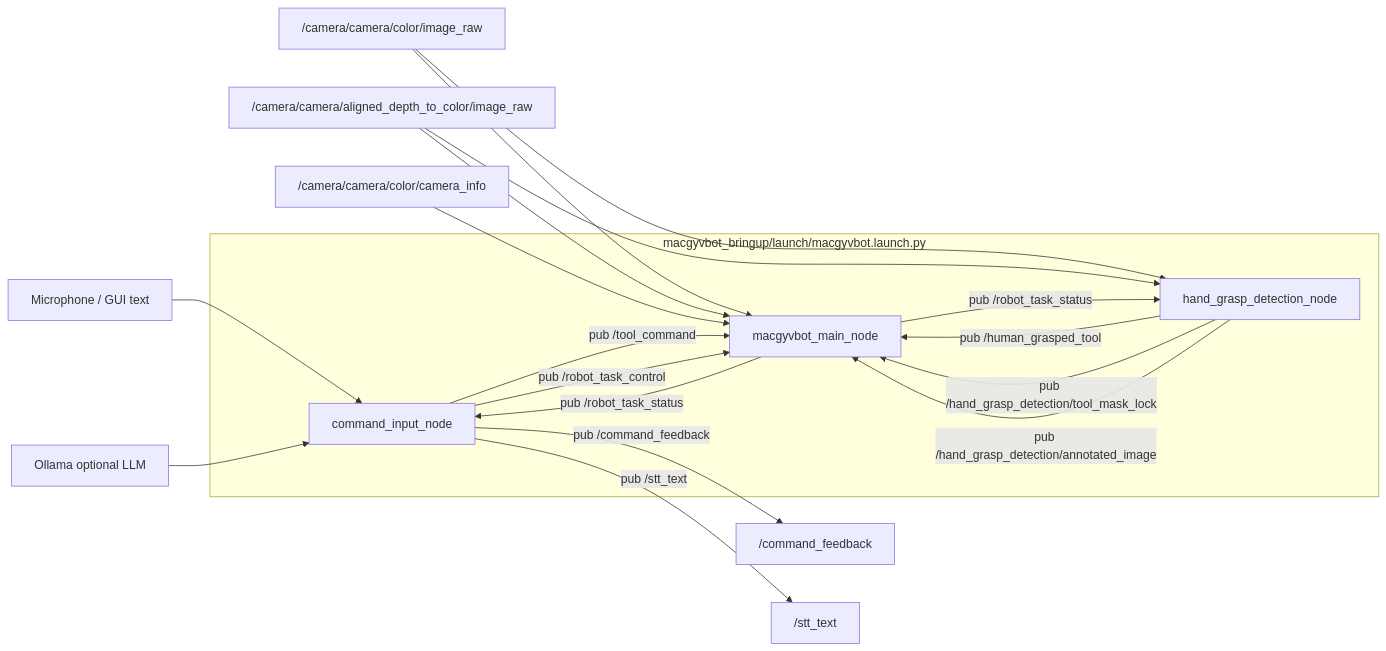
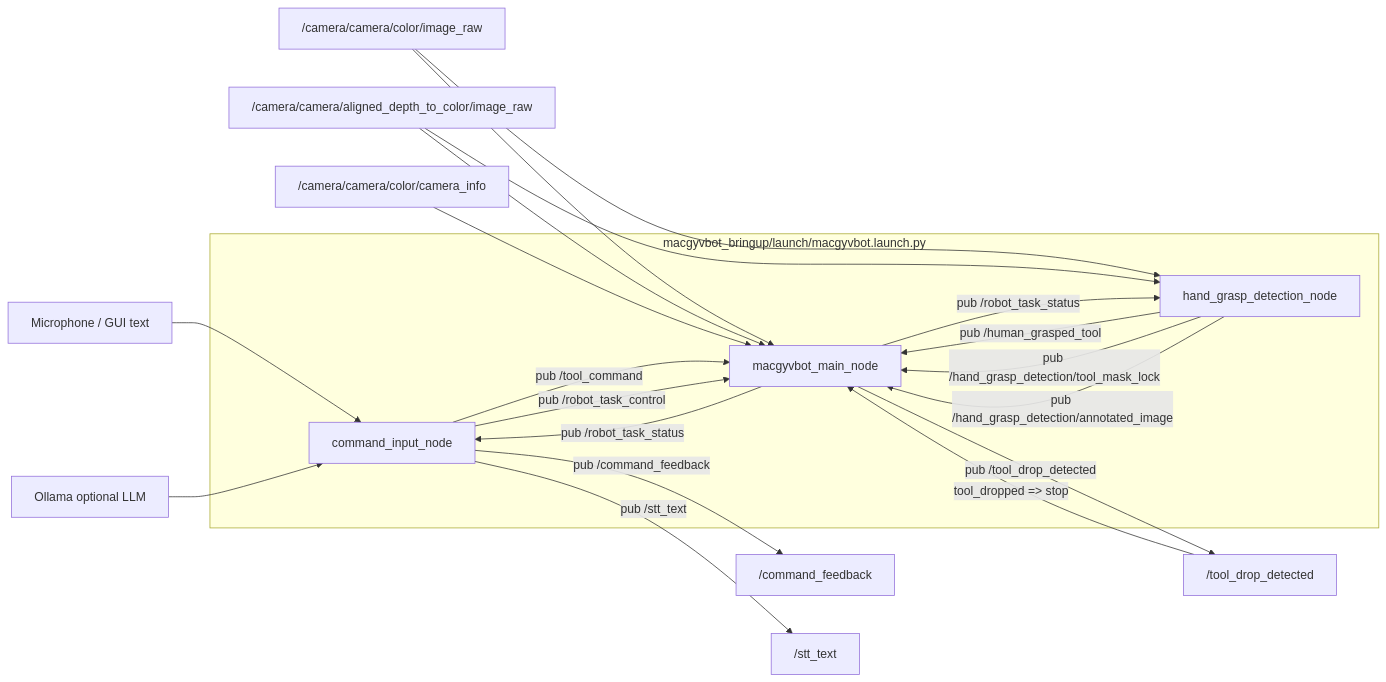
One commit to MacGyvBot/macgyvbot changed the diagram in README.md. Above: the diagram before and after it, drawn with Mermaid. The commit also changed other lines of this file and 37 other files, not shown here.

````diff
--- a/README.md
+++ b/README.md
@@ -51,28 +50,30 @@
 ```mermaid
 flowchart LR
     subgraph launch["macgyvbot_bringup/launch/macgyvbot.launch.py"]
         cmd["command_input_node"]
         hand["hand_grasp_detection_node"]
         main["macgyvbot_main_node"]
     end
 
     mic["Microphone / GUI text"] --> cmd
     ollama["Ollama optional LLM"] --> cmd
 
     color["/camera/camera/color/image_raw"] --> hand
     depth["/camera/camera/aligned_depth_to_color/image_raw"] --> hand
     color --> main
     depth --> main
     info["/camera/camera/color/camera_info"] --> main
 
     cmd -- "pub /tool_command" --> main
     cmd -- "pub /robot_task_control" --> main
     cmd -- "pub /command_feedback" --> feedback["/command_feedback"]
     cmd -- "pub /stt_text" --> stt["/stt_text"]
 
     main -- "pub /robot_task_status" --> cmd
     main -- "pub /robot_task_status" --> hand
+    main -- "pub /tool_drop_detected" --> drop["/tool_drop_detected"]
+    drop -- "tool_dropped => stop" --> main
     hand -- "pub /human_grasped_tool" --> main
     hand -- "pub /hand_grasp_detection/tool_mask_lock" --> main
     hand -- "pub /hand_grasp_detection/annotated_image" --> main
 ```
````
